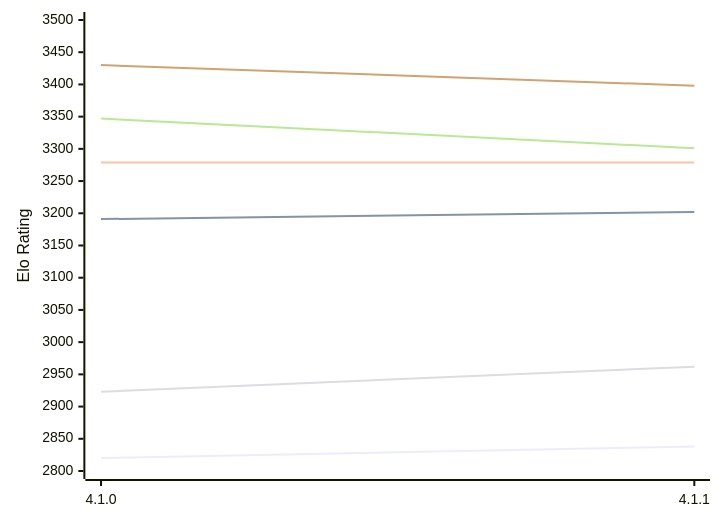
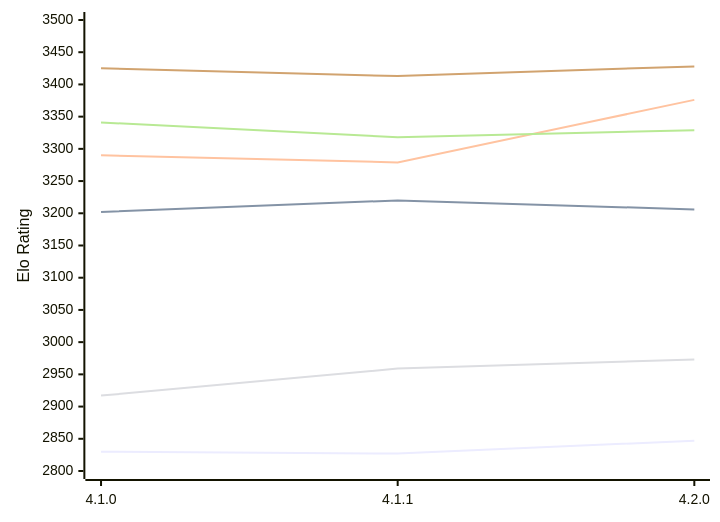
Before and after one commit to computer-chess-index/cci: the diagram in engines/LunaChessEngine.md, drawn with Mermaid. The commit also changed other lines of this file, not shown here.

Commit message:
Update CCI Ratings (ELO VLTC) - 2026-11-06

````diff
--- a/engines/LunaChessEngine.md
+++ b/engines/LunaChessEngine.md
@@ -49,12 +51,12 @@
 ```mermaid
 %%{init: {"theme":"base","themeVariables":{"seriesColors:['#a3a3a3','#222221','#faa371']}}}%%
 xychart-beta
-  x-axis ["4.1.0", "4.1.1"]
+  x-axis ["4.1.0", "4.1.1", "4.2.0"]
   y-axis "Elo Rating" 2800 --> 3500
-  line "E1: STC (8.0+0.08s)" [2820, 2838]
-  line "E1: LTC (60.0+0.60s)" [3191, 3202]
-  line "E1: VLTC (2m24s+1.12s)" [3279, 3279]
-  line "P1: STC (8.0+0.08s)" [2923, 2962]
-  line "P1: LTC (60.0+0.60s)" [3347, 3301]
-  line "P1: VLTC (2m24s+1.12s)" [3430, 3398]
+  line "E1: STC (8.0+0.08s)" [2830, 2827, 2847]
+  line "E1: LTC (60.0+0.60s)" [3202, 3220, 3206]
+  line "E1: VLTC (2m24s+1.12s)" [3290, 3279, 3376]
+  line "P1: STC (8.0+0.08s)" [2917, 2959, 2973]
+  line "P1: LTC (60.0+0.60s)" [3341, 3318, 3329]
+  line "P1: VLTC (2m24s+1.12s)" [3425, 3413, 3428]
 ```
````
